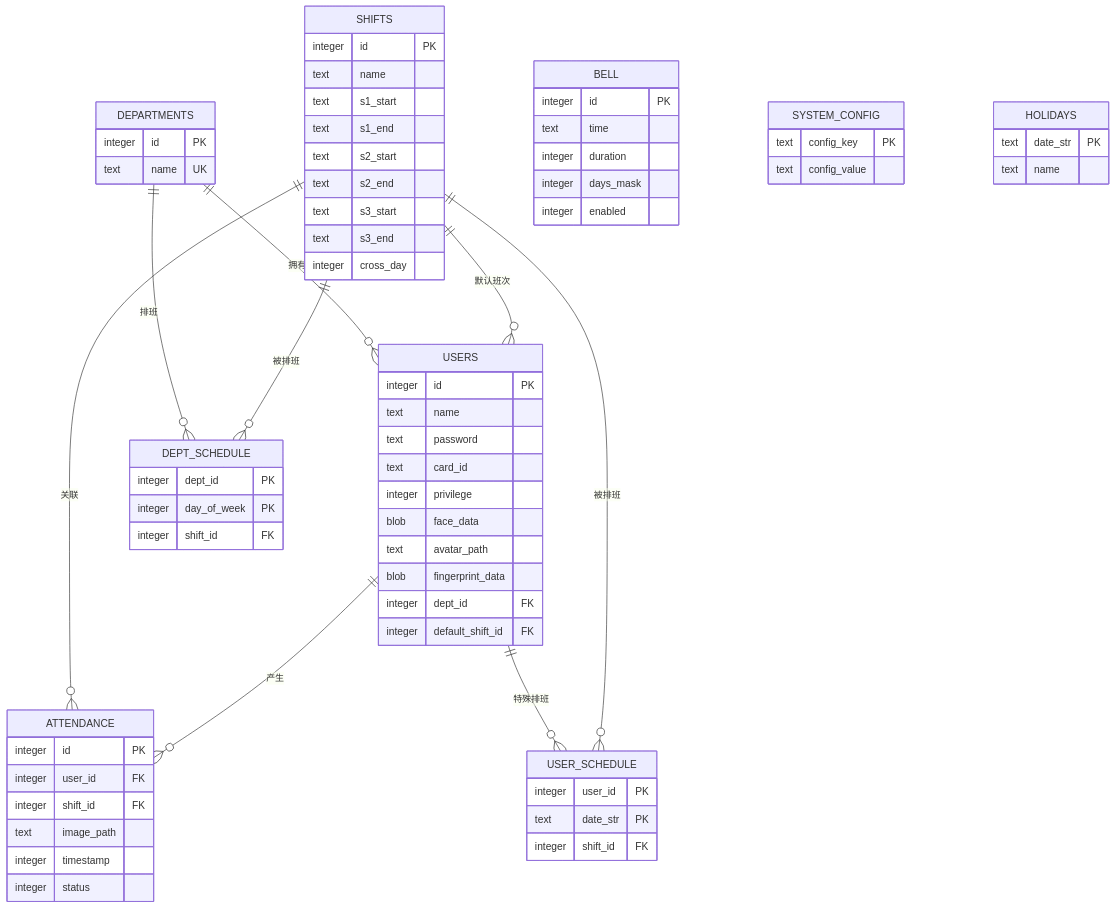
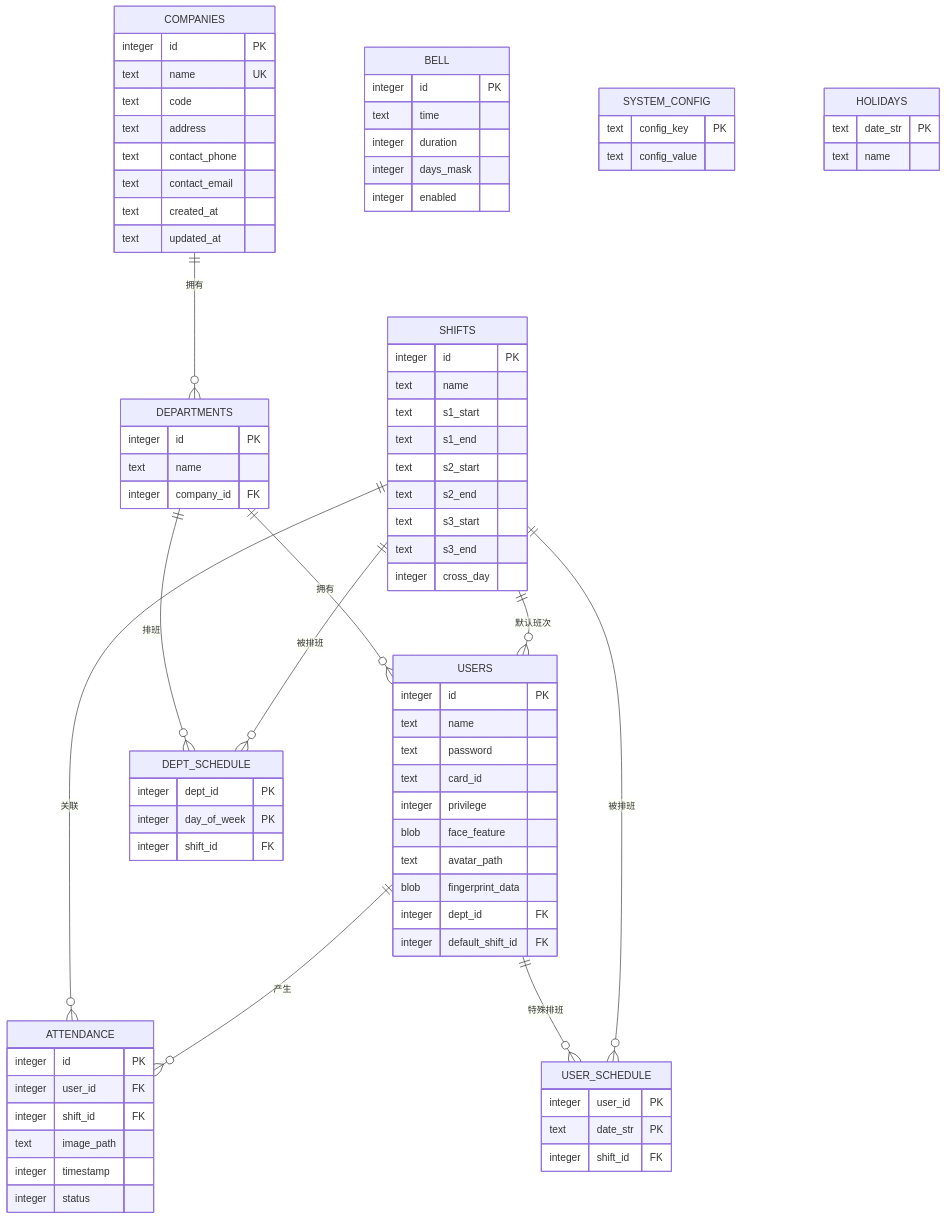
Before and after one commit to Drunk552/SmartAttendance: the third of 4 diagrams in .qoder/repowiki/zh/content/数据库设计.md, drawn with Mermaid. The commit also changed other lines of this file and 26 other files, not shown here.

````diff
--- a/.qoder/repowiki/zh/content/数据库设计.md
+++ b/.qoder/repowiki/zh/content/数据库设计.md
@@ -156,8 +173,19 @@
 ```mermaid
 erDiagram
+COMPANIES {
+integer id PK
+text name UK
+text code
+text address
+text contact_phone
+text contact_email
+text created_at
+text updated_at
+}
 DEPARTMENTS {
 integer id PK
-text name UK
+text name
+integer company_id FK
 }
 SHIFTS {
 integer id PK
@@ -176,7 +204,7 @@
 text password
 text card_id
 integer privilege
-blob face_data
+blob face_feature
 text avatar_path
 blob fingerprint_data
 integer dept_id FK
@@ -215,6 +243,7 @@
 text date_str PK
 text name
 }
+COMPANIES ||--o{ DEPARTMENTS : "拥有"
 DEPARTMENTS ||--o{ USERS : "拥有"
 SHIFTS ||--o{ USERS : "默认班次"
 SHIFTS ||--o{ ATTENDANCE : "关联"
````
